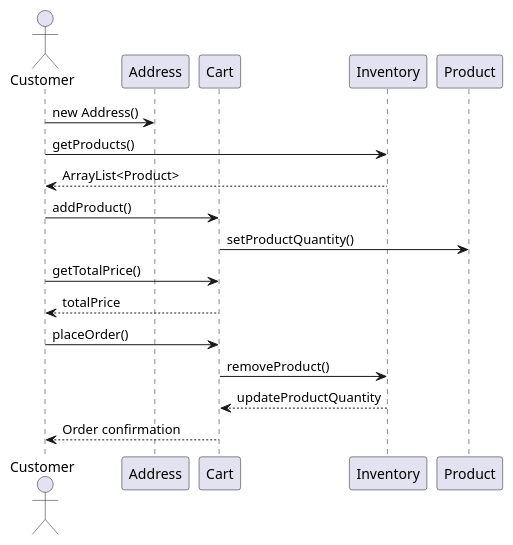
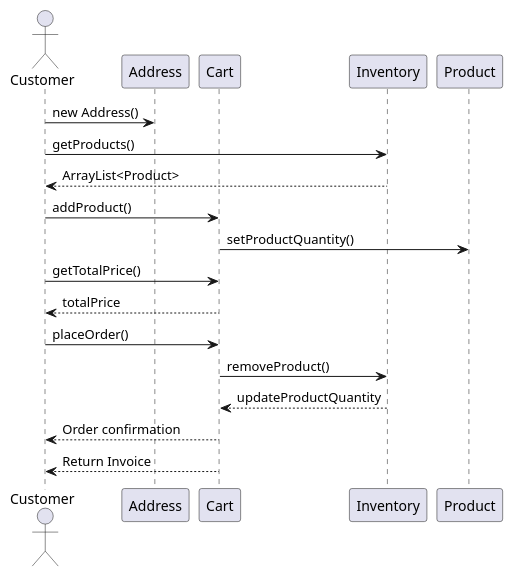
Before and after one commit to szczepanikoww/Store_4Spaces: the diagram in Model UML/src/diagram_sekwencji_v3.puml, drawn with PlantUML. The commit also changed 2 other files, not shown here.

```diff
--- a/Model UML/src/diagram_sekwencji_v3.puml
+++ b/Model UML/src/diagram_sekwencji_v3.puml
@@ -1,28 +1,29 @@
 @startuml
 actor Customer as c
 participant Address as a
 participant Cart as o
 participant Inventory as i
 participant Product as p
 
 
 
 c -> a : new Address()
 
 c -> i : getProducts()
 i --> c : ArrayList<Product>
 
 c -> o : addProduct()
 o -> p : setProductQuantity()
 
 
 c -> o : getTotalPrice()
 o --> c : totalPrice
 
 c -> o : placeOrder()
     o -> i : removeProduct()
     i --> o : updateProductQuantity
     o --> c : Order confirmation
+    o --> c : Return Invoice
 
 
 @enduml
```
